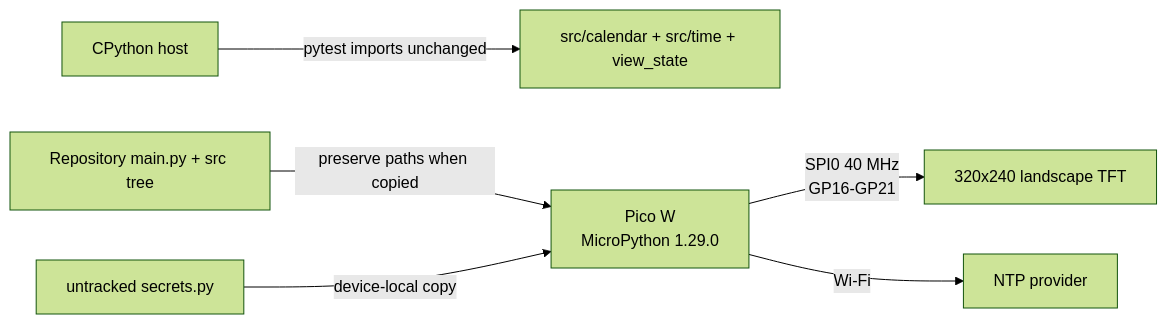
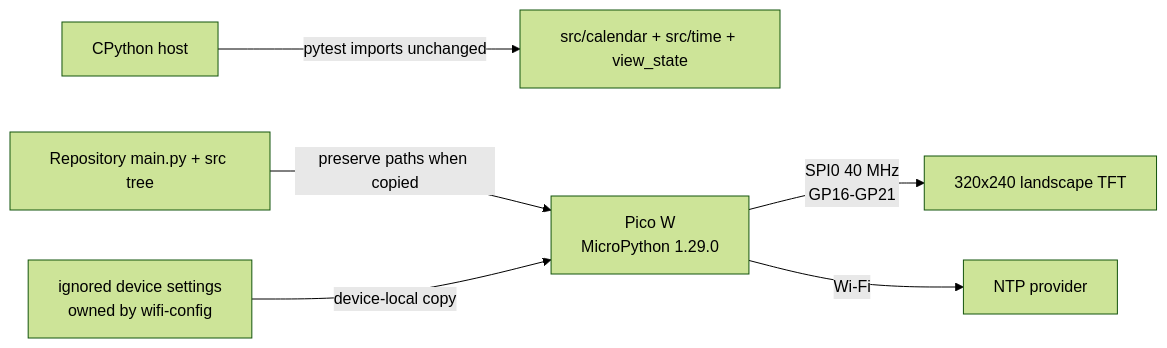
One commit to haicanhdieu/pi-calendar changed the second of 2 diagrams in _bmad-output/planning-artifacts/pico-w-calendar-clock/architecture/ARCHITECTURE-SPINE.md. Above: the diagram before and after it, drawn with Mermaid (forest theme). The commit also changed other lines of this file and 28 other files, not shown here.

First line of the commit message:
docs(wifi-config): add PRD-to-epics planning trail and retarget BMAD

````diff
--- a/_bmad-output/planning-artifacts/pico-w-calendar-clock/architecture/ARCHITECTURE-SPINE.md
+++ b/_bmad-output/planning-artifacts/pico-w-calendar-clock/architecture/ARCHITECTURE-SPINE.md
@@ -173,8 +173,8 @@
 ```mermaid
 flowchart LR
     Host[CPython host] -->|pytest imports unchanged| Pure[src/calendar + src/time + view_state]
     Repo[Repository main.py + src tree] -->|preserve paths when copied| Pico[Pico W<br/>MicroPython 1.29.0]
-    Secrets[untracked secrets.py] -->|device-local copy| Pico
+    Settings[ignored device settings\nowned by wifi-config] -->|device-local copy| Pico
     Pico -->|SPI0 40 MHz<br/>GP16-GP21| TFT[320x240 landscape TFT]
     Pico -->|Wi-Fi| NTP[NTP provider]
 ```
````
